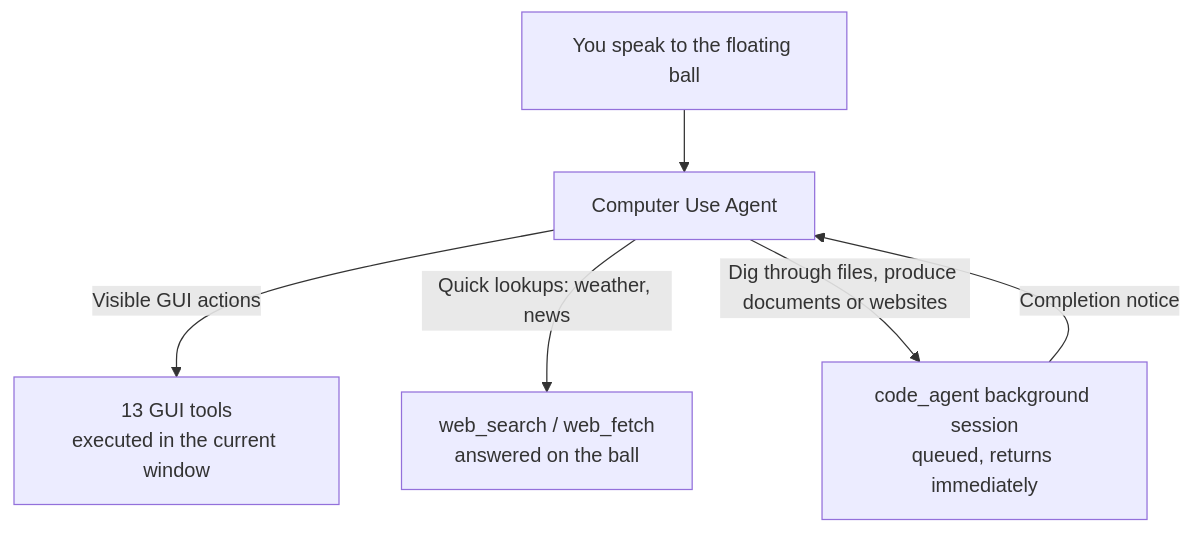
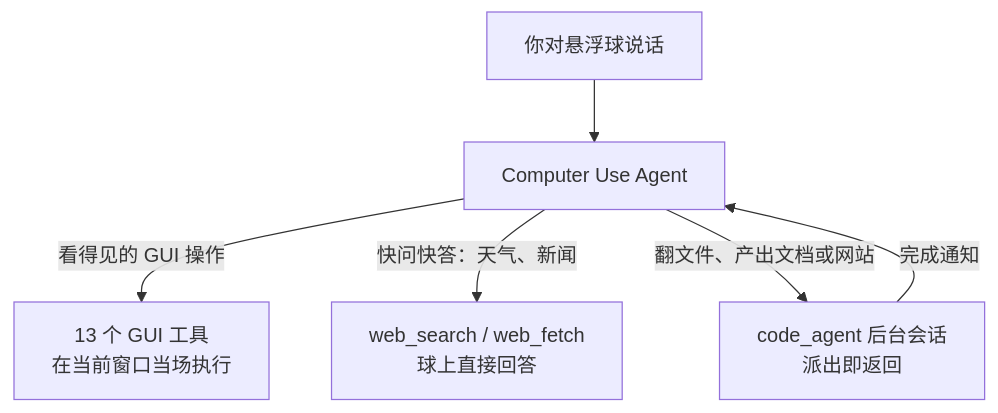
The diagram in README.md (mini-yifan/dsh-orb-cordis), drawn with Mermaid before and after one commit. The commit also changed other lines of this file and 2 other files, not shown here.

````diff
--- a/README.md
+++ b/README.md
@@ -40,8 +40,8 @@
 ```mermaid
 flowchart TD
-    user["You speak to the floating ball"] --> orb["Computer Use Agent"]
-    orb -->|"Visible GUI actions"| gui["13 GUI tools<br>executed in the current window"]
-    orb -->|"Quick lookups: weather, news"| web["web_search / web_fetch<br>answered on the ball"]
-    orb -->|"Dig through files, produce documents or websites"| bg["code_agent background session<br>queued, returns immediately"]
-    bg -->|"Completion notice"| orb
+    user["你对悬浮球说话"] --> orb["Computer Use Agent"]
+    orb -->|"看得见的 GUI 操作"| gui["13 个 GUI 工具<br>在当前窗口当场执行"]
+    orb -->|"快问快答：天气、新闻"| web["web_search / web_fetch<br>球上直接回答"]
+    orb -->|"翻文件、产出文档或网站"| bg["code_agent 后台会话<br>派出即返回"]
+    bg -->|"完成通知"| orb
 ```
````
